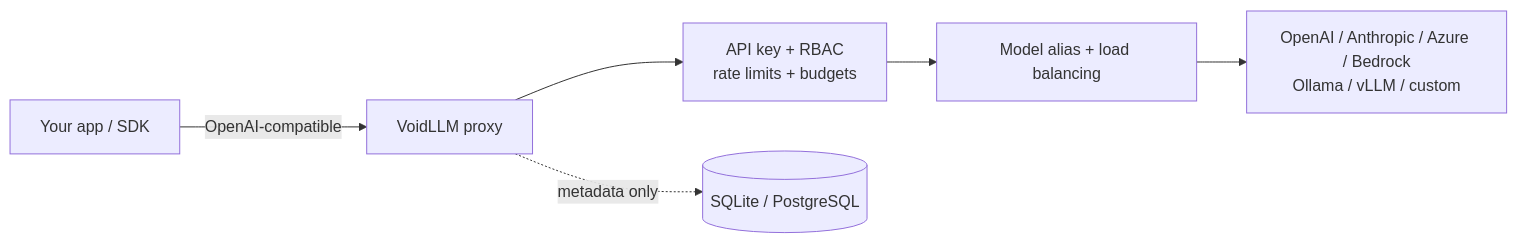
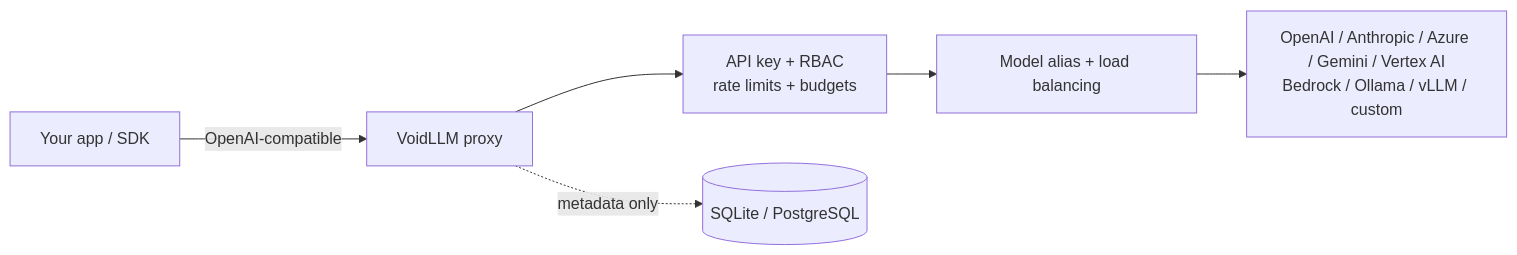
The diagram in README.md (voidmind-io/voidllm), drawn with Mermaid before and after one commit. The commit also changed other lines of this file and 11 other files, not shown here.

First line of the commit message:
docs: coding agents guide, per-client MCP snippets, API routes, Gemini and Vertex (#295)

````diff
--- a/README.md
+++ b/README.md
@@ -45,8 +45,8 @@
 ```mermaid
 flowchart LR
     App[Your app / SDK] -->|OpenAI-compatible| Proxy[VoidLLM proxy]
     Proxy --> Gate[API key + RBAC<br/>rate limits + budgets]
     Gate --> Router[Model alias + load balancing]
-    Router --> Providers[OpenAI / Anthropic / Azure / Bedrock<br/>Ollama / vLLM / custom]
+    Router --> Providers[OpenAI / Anthropic / Azure / Gemini / Vertex AI<br/>Bedrock / Ollama / vLLM / custom]
     Proxy -. metadata only .-> DB[(SQLite / PostgreSQL)]
 ```
````
